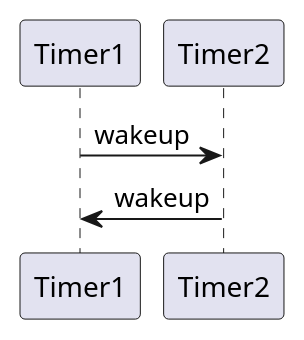
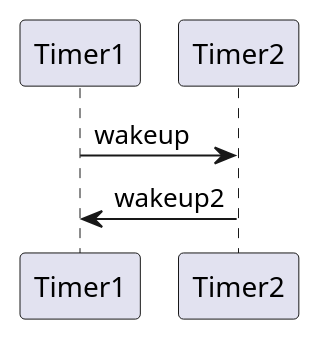
Before and after one commit to dkgoody/dtimer: the diagram in diagram.puml, drawn with PlantUML.

```diff
--- a/diagram.puml
+++ b/diagram.puml
@@ -1,4 +1,4 @@
 @startuml
 Timer1 -> Timer2 : wakeup
-Timer2 -> Timer1 : wakeup
+Timer2 -> Timer1 : wakeup2
 @enduml
```
